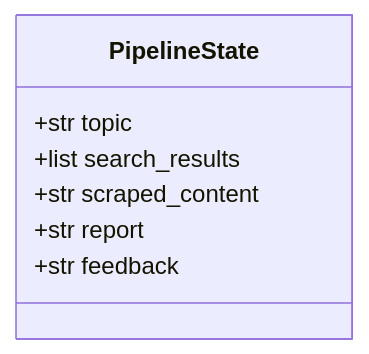
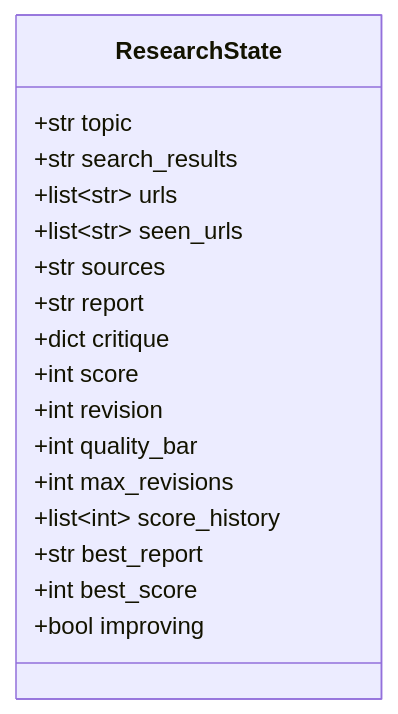
One commit to AaryaButolia11/Multi-Agent-Research-System-LangChain changed the third of 3 diagrams in README.md. Above: the diagram before and after it, drawn with Mermaid. The commit also changed other lines of this file and 6 other files, not shown here.

````diff
--- a/README.md
+++ b/README.md
@@ -160,10 +176,20 @@
 ```mermaid
 classDiagram
-    class PipelineState {
+    class ResearchState {
         +str topic
-        +list search_results
-        +str scraped_content
+        +str search_results
+        +list~str~ urls
+        +list~str~ seen_urls
+        +str sources
         +str report
-        +str feedback
+        +dict critique
+        +int score
+        +int revision
+        +int quality_bar
+        +int max_revisions
+        +list~int~ score_history
+        +str best_report
+        +int best_score
+        +bool improving
     }
 ```
````
